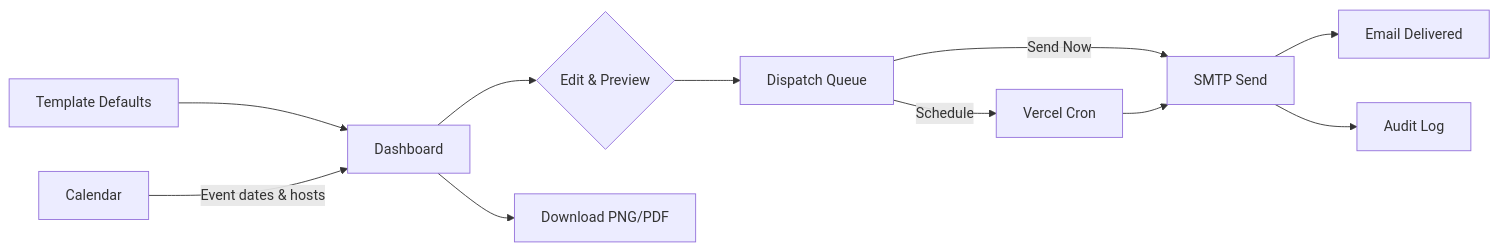
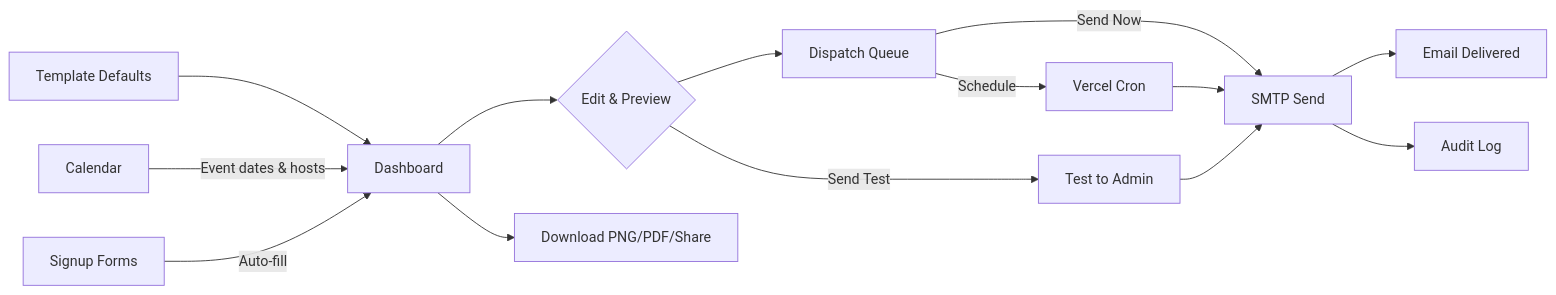
One commit to jpurusho/ccisr-connect changed the third of 5 diagrams in README.md. Above: the diagram before and after it, drawn with Mermaid. The commit also changed other lines of this file and 1 other file, not shown here.

First line of the commit message:
Update README and ARCHITECTURE docs to v1.45.5

````diff
--- a/README.md
+++ b/README.md
@@ -149,13 +166,16 @@
 ```mermaid
 flowchart LR
     T[Template Defaults] --> D[Dashboard]
     C[Calendar] -->|Event dates & hosts| D
+    SF[Signup Forms] -->|Auto-fill| D
     D --> E{Edit & Preview}
     E --> Q[Dispatch Queue]
+    E -->|Send Test| TS[Test to Admin]
     Q -->|Send Now| S[SMTP Send]
     Q -->|Schedule| CR[Vercel Cron]
     CR --> S
+    TS --> S
     S --> H[Email Delivered]
     S --> A[Audit Log]
-    D --> P[Download PNG/PDF]
+    D --> P[Download PNG/PDF/Share]
 ```
````
